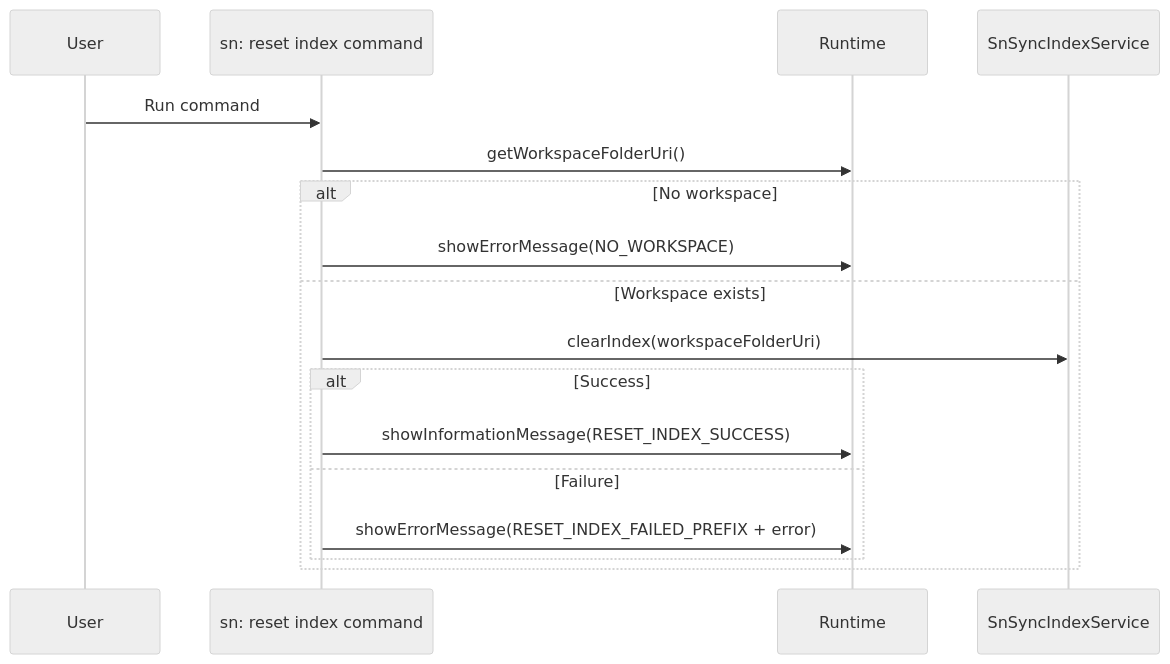
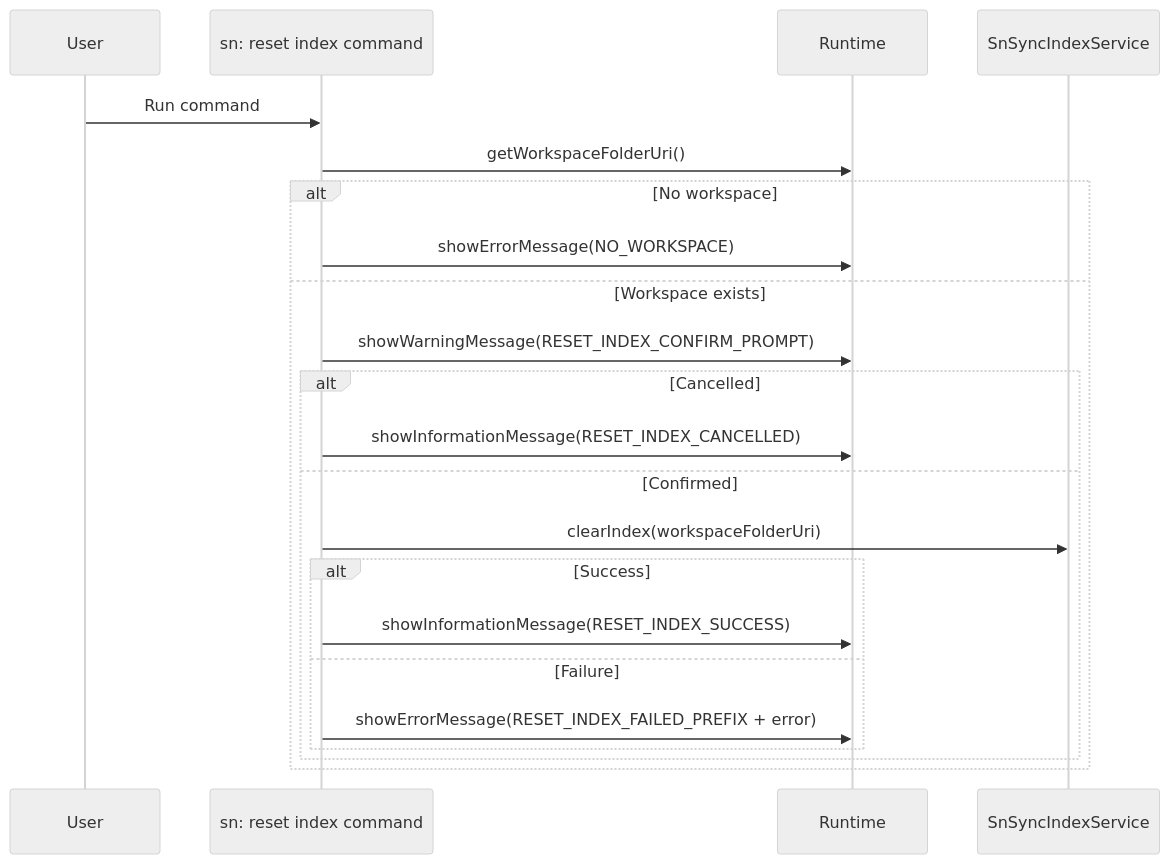
The diagram in docs/sn-reset-index.md (AlexAlvarez092/sn-sync), drawn with Mermaid (neutral theme) before and after one commit. The commit also changed other lines of this file and 1 other file, not shown here.

Commit message:
feat(confirmations): add user confirmation prompts for reset auth and reset index commands

````diff
--- a/docs/sn-reset-index.md
+++ b/docs/sn-reset-index.md
@@ -54,20 +57,25 @@
 ```mermaid
 sequenceDiagram
 	participant U as User
 	participant C as sn: reset index command
 	participant R as Runtime
 	participant I as SnSyncIndexService
 
 	U->>C: Run command
 	C->>R: getWorkspaceFolderUri()
 	alt No workspace
 		C->>R: showErrorMessage(NO_WORKSPACE)
 	else Workspace exists
-		C->>I: clearIndex(workspaceFolderUri)
-		alt Success
-			C->>R: showInformationMessage(RESET_INDEX_SUCCESS)
-		else Failure
-			C->>R: showErrorMessage(RESET_INDEX_FAILED_PREFIX + error)
+		C->>R: showWarningMessage(RESET_INDEX_CONFIRM_PROMPT)
+		alt Cancelled
+			C->>R: showInformationMessage(RESET_INDEX_CANCELLED)
+		else Confirmed
+			C->>I: clearIndex(workspaceFolderUri)
+			alt Success
+				C->>R: showInformationMessage(RESET_INDEX_SUCCESS)
+			else Failure
+				C->>R: showErrorMessage(RESET_INDEX_FAILED_PREFIX + error)
+			end
 		end
 	end
 ```
````
